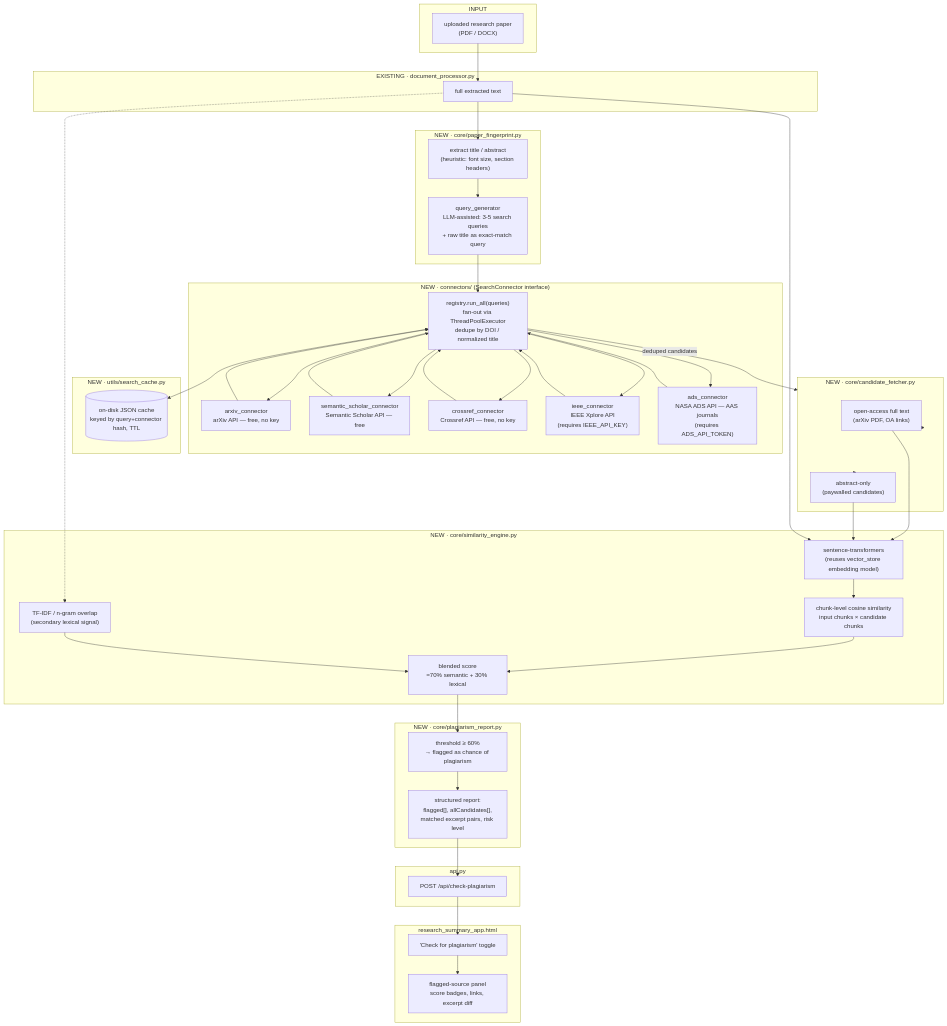
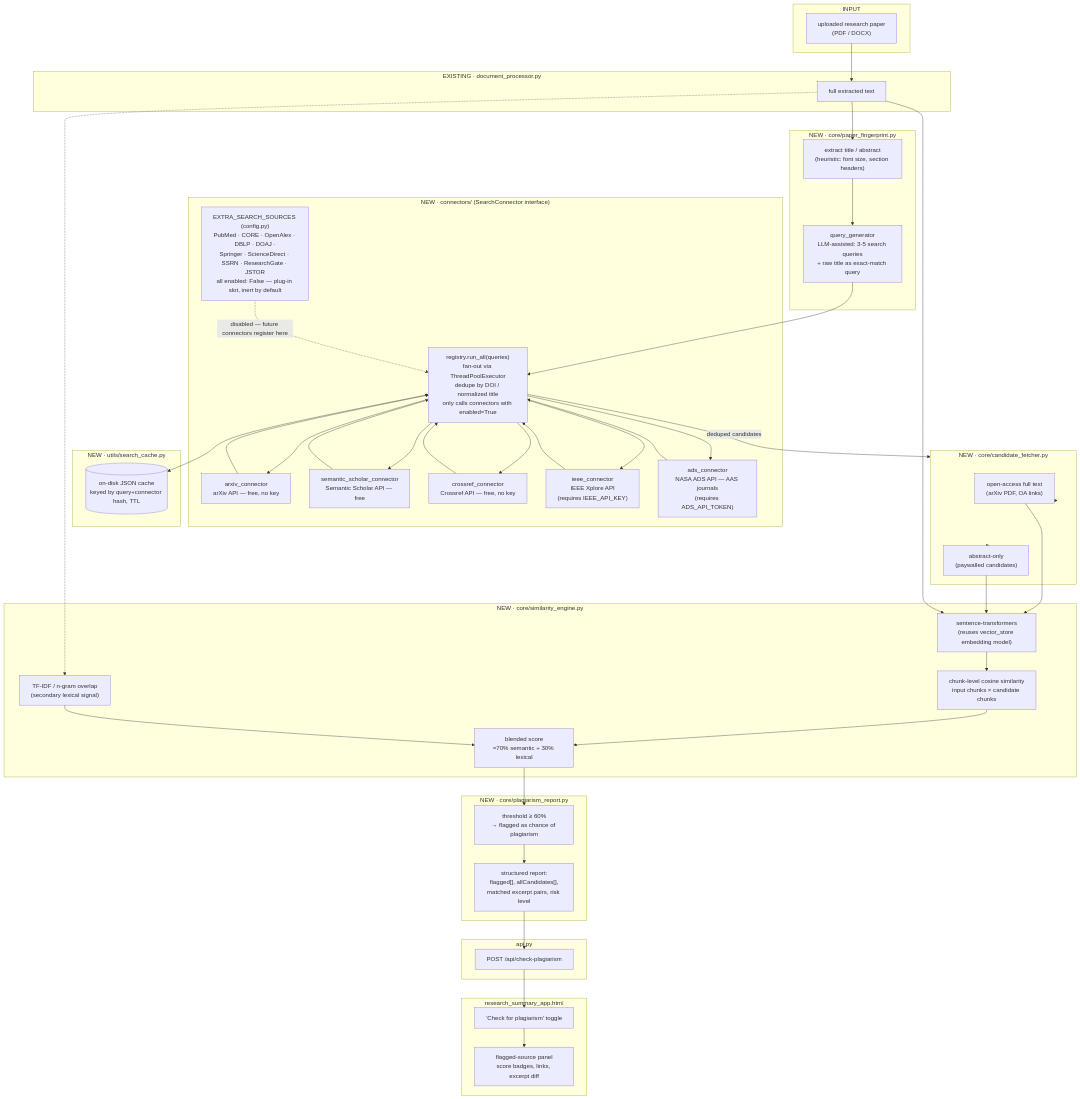
The first of 2 diagrams in documents/similarity-finder-architecture.md (mrvr/researchmind), drawn with Mermaid before and after one commit. The commit also changed other lines of this file, not shown here.

First line of the commit message:
Add extensible placeholder registry for non-exposed sources

````diff
--- a/documents/similarity-finder-architecture.md
+++ b/documents/similarity-finder-architecture.md
@@ -29,71 +88,73 @@
 ```mermaid
 flowchart TB
     subgraph INPUT["INPUT"]
         PAPER["uploaded research paper\n(PDF / DOCX)"]
     end
 
     subgraph EXTRACT["EXISTING · document_processor.py"]
         TEXT["full extracted text"]
     end
 
     subgraph FINGERPRINT["NEW · core/paper_fingerprint.py"]
         META["extract title / abstract\n(heuristic: font size, section headers)"]
         QGEN["query_generator\nLLM-assisted: 3-5 search queries\n+ raw title as exact-match query"]
     end
 
     subgraph CONNECTORS["NEW · connectors/  (SearchConnector interface)"]
         ARXIV["arxiv_connector\narXiv API — free, no key"]
         S2["semantic_scholar_connector\nSemantic Scholar API — free"]
         CROSSREF["crossref_connector\nCrossref API — free, no key"]
         IEEE["ieee_connector\nIEEE Xplore API\n(requires IEEE_API_KEY)"]
         ADS["ads_connector\nNASA ADS API — AAS journals\n(requires ADS_API_TOKEN)"]
-        REGISTRY["registry.run_all(queries)\nfan-out via ThreadPoolExecutor\ndedupe by DOI / normalized title"]
+        PLACEHOLDER["EXTRA_SEARCH_SOURCES (config.py)\nPubMed · CORE · OpenAlex · DBLP · DOAJ ·\nSpringer · ScienceDirect · SSRN · ResearchGate · JSTOR\nall enabled: False — plug-in slot, inert by default"]
+        REGISTRY["registry.run_all(queries)\nfan-out via ThreadPoolExecutor\ndedupe by DOI / normalized title\nonly calls connectors with enabled=True"]
     end
 
     subgraph CACHE["NEW · utils/search_cache.py"]
         DISKCACHE[("on-disk JSON cache\nkeyed by query+connector hash, TTL")]
     end
 
     subgraph FETCH["NEW · core/candidate_fetcher.py"]
         OA["open-access full text\n(arXiv PDF, OA links)"]
         ABS["abstract-only\n(paywalled candidates)"]
     end
 
     subgraph SIMENGINE["NEW · core/similarity_engine.py"]
         EMBED["sentence-transformers\n(reuses vector_store embedding model)"]
         CHUNKCMP["chunk-level cosine similarity\ninput chunks × candidate chunks"]
         LEXICAL["TF-IDF / n-gram overlap\n(secondary lexical signal)"]
         BLEND["blended score\n≈70% semantic + 30% lexical"]
     end
 
     subgraph REPORT["NEW · core/plagiarism_report.py"]
         THRESH["threshold ≥ 60%\n→ flagged as chance of plagiarism"]
         BUILD["structured report:\nflagged[], allCandidates[],\nmatched excerpt pairs, risk level"]
     end
 
     subgraph API["api.py"]
         EP["POST /api/check-plagiarism"]
     end
 
     subgraph UI["research_summary_app.html"]
         TOGGLE["'Check for plagiarism' toggle"]
         RESULTS["flagged-source panel\nscore badges, links, excerpt diff"]
     end
 
     PAPER --> TEXT --> META --> QGEN
     QGEN --> REGISTRY
     REGISTRY <--> DISKCACHE
     REGISTRY --> ARXIV & S2 & CROSSREF & IEEE & ADS
     ARXIV & S2 & CROSSREF & IEEE & ADS --> REGISTRY
+    PLACEHOLDER -.->|"disabled — future connectors register here"| REGISTRY
     REGISTRY -->|"deduped candidates"| FETCH
     FETCH --> OA
     FETCH --> ABS
     OA --> EMBED
     ABS --> EMBED
     TEXT --> EMBED
     EMBED --> CHUNKCMP --> BLEND
     TEXT -.-> LEXICAL --> BLEND
     BLEND --> THRESH --> BUILD
     BUILD --> EP --> TOGGLE
     TOGGLE --> RESULTS
 ```
````
